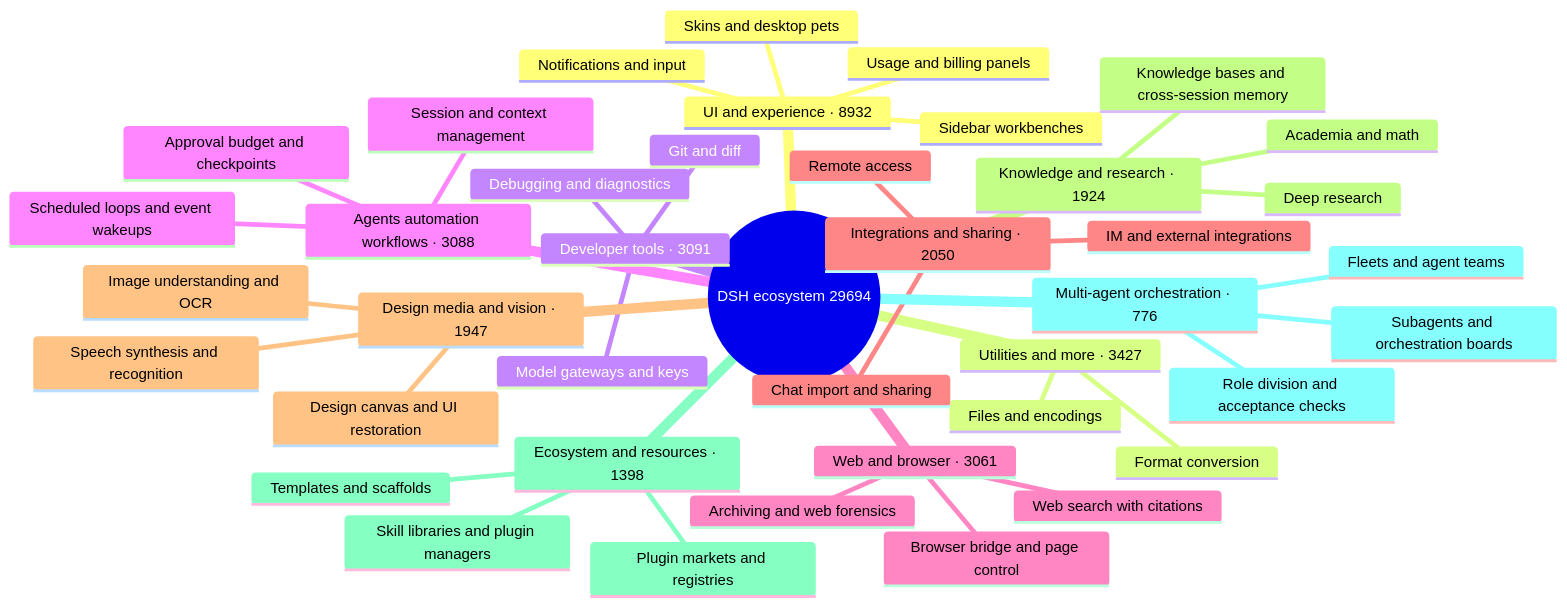
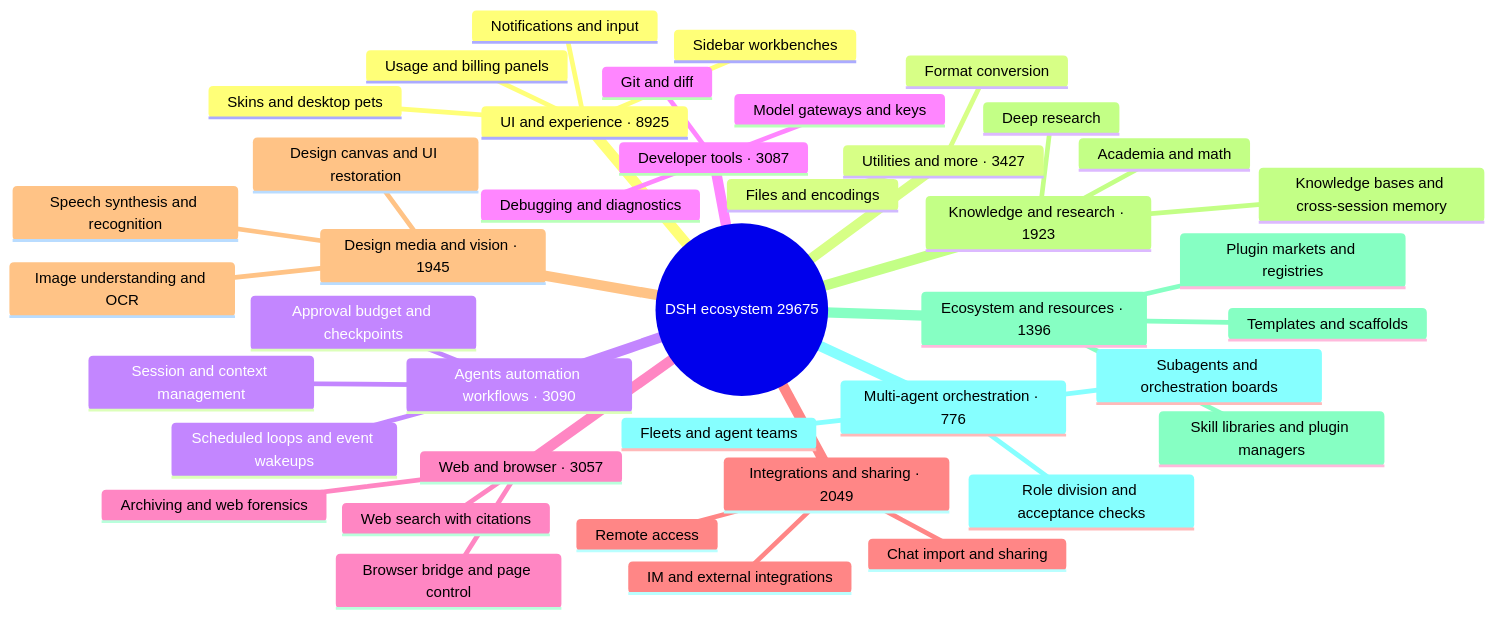
One commit to bruc3van/awesome-dsh-plugin changed the diagram in README_EN.md. Above: the diagram before and after it, drawn with Mermaid. The commit also changed other lines of this file and 27 other files, not shown here.

````diff
--- a/README_EN.md
+++ b/README_EN.md
@@ -40,44 +40,44 @@
 ```mermaid
 mindmap
-  root((DSH ecosystem 29694))
-    UI and experience · 8932
+  root((DSH ecosystem 29675))
+    UI and experience · 8925
       Usage and billing panels
       Sidebar workbenches
       Skins and desktop pets
       Notifications and input
     Utilities and more · 3427
       Files and encodings
       Format conversion
-    Developer tools · 3091
+    Agents automation workflows · 3090
+      Session and context management
+      Scheduled loops and event wakeups
+      Approval budget and checkpoints
+    Developer tools · 3087
       Git and diff
       Model gateways and keys
       Debugging and diagnostics
-    Agents automation workflows · 3088
-      Session and context management
-      Scheduled loops and event wakeups
-      Approval budget and checkpoints
-    Web and browser · 3061
+    Web and browser · 3057
       Browser bridge and page control
       Web search with citations
       Archiving and web forensics
-    Integrations and sharing · 2050
+    Integrations and sharing · 2049
       Chat import and sharing
       Remote access
       IM and external integrations
-    Design media and vision · 1947
+    Design media and vision · 1945
       Image understanding and OCR
       Design canvas and UI restoration
       Speech synthesis and recognition
-    Knowledge and research · 1924
+    Knowledge and research · 1923
       Knowledge bases and cross-session memory
       Deep research
       Academia and math
-    Ecosystem and resources · 1398
+    Ecosystem and resources · 1396
       Plugin markets and registries
       Skill libraries and plugin managers
       Templates and scaffolds
     Multi-agent orchestration · 776
       Subagents and orchestration boards
       Fleets and agent teams
       Role division and acceptance checks
 ```
````
